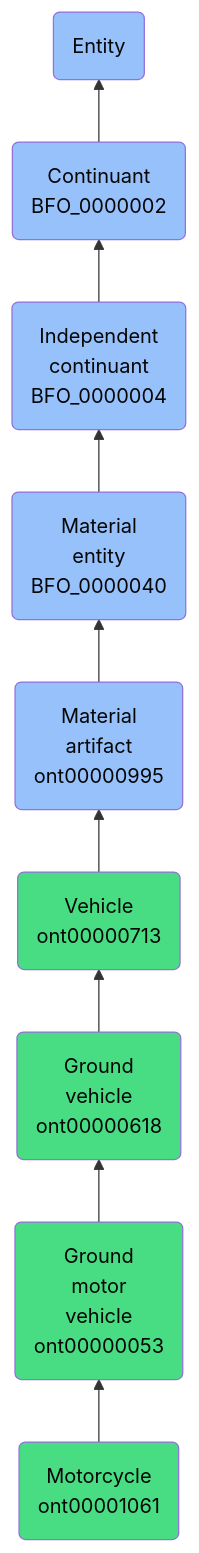
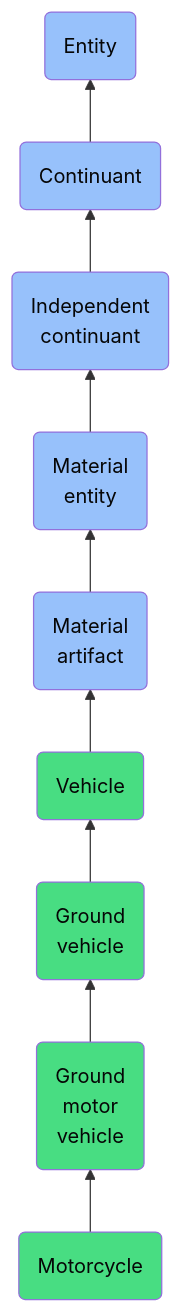
The diagram in docs/ontology/reference/model/Entity/Continuant/Independent continuant/Material entity/Material artifact/Vehicle/Ground vehicle/Ground motor vehicle/Motorcycle/Motorcycle.md (jupyter-naas/abi), drawn with Mermaid before and after one commit. The commit also changed other lines of this file and 1430 other files, not shown here.

````diff
--- a/docs/ontology/reference/model/Entity/Continuant/Independent continuant/Material entity/Material artifact/Vehicle/Ground vehicle/Ground motor vehicle/Motorcycle/Motorcycle.md
+++ b/docs/ontology/reference/model/Entity/Continuant/Independent continuant/Material entity/Material artifact/Vehicle/Ground vehicle/Ground motor vehicle/Motorcycle/Motorcycle.md
@@ -24,16 +24,16 @@
 ```mermaid
 graph BT
-    ont00001061(Motorcycle<br>ont00001061):::ABI-->ont00000053
-    ont00000053(Ground<br>motor<br>vehicle<br>ont00000053):::ABI-->ont00000618
-    ont00000618(Ground<br>vehicle<br>ont00000618):::ABI-->ont00000713
-    ont00000713(Vehicle<br>ont00000713):::ABI-->ont00000995
-    ont00000995(Material<br>artifact<br>ont00000995):::BFO-->BFO_0000040
-    BFO_0000040(Material<br>entity<br>BFO_0000040):::BFO-->BFO_0000004
-    BFO_0000004(Independent<br>continuant<br>BFO_0000004):::BFO-->BFO_0000002
-    BFO_0000002(Continuant<br>BFO_0000002):::BFO-->BFO_0000001
+    ont00001061(Motorcycle):::ABI-->ont00000053
+    ont00000053(Ground<br>motor<br>vehicle):::ABI-->ont00000618
+    ont00000618(Ground<br>vehicle):::ABI-->ont00000713
+    ont00000713(Vehicle):::ABI-->ont00000995
+    ont00000995(Material<br>artifact):::BFO-->BFO_0000040
+    BFO_0000040(Material<br>entity):::BFO-->BFO_0000004
+    BFO_0000004(Independent<br>continuant):::BFO-->BFO_0000002
+    BFO_0000002(Continuant):::BFO-->BFO_0000001
     BFO_0000001(Entity):::BFO
     
     classDef BFO fill:#97c1fb,color:#060606
     classDef CCO fill:#e4c51e,color:#060606
     classDef ABI fill:#48DD82,color:#060606
 ```
````
